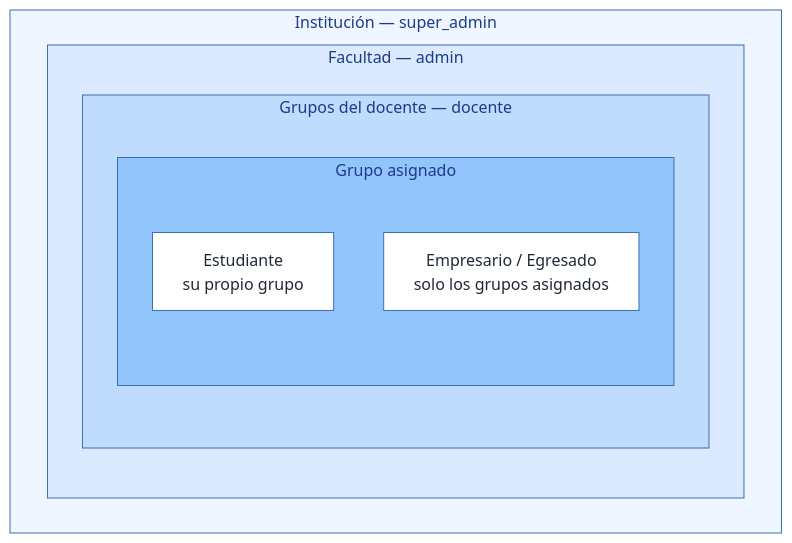
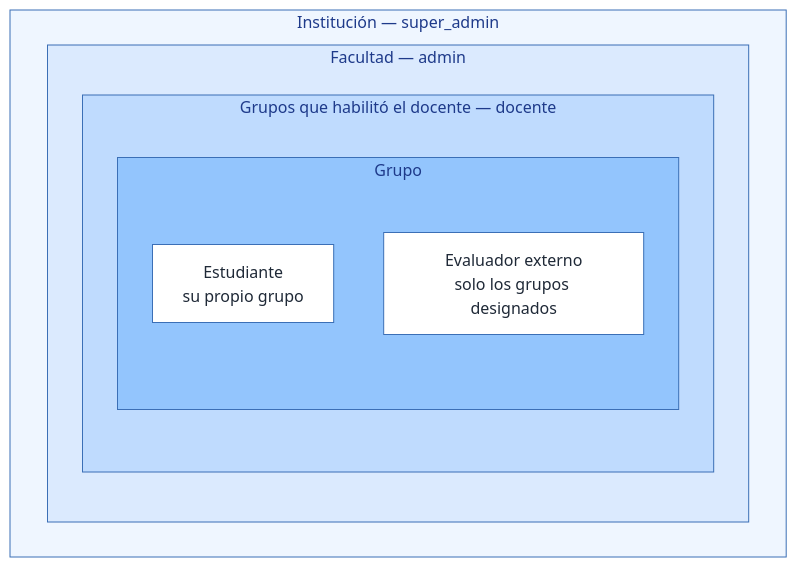
The sixth of 6 diagrams in docs/diagramas/diagrama_jerarquias.md (Oskarsito7/SIERAP), drawn with Mermaid before and after one commit. The commit also changed other lines of this file and 11 other files, not shown here.

````diff
--- a/docs/diagramas/diagrama_jerarquias.md
+++ b/docs/diagramas/diagrama_jerarquias.md
@@ -189,19 +189,19 @@
 ```mermaid
 flowchart TB
   subgraph I["Institución — super_admin"]
     subgraph F["Facultad — admin"]
-      subgraph D["Grupos del docente — docente"]
-        subgraph G["Grupo asignado"]
+      subgraph D["Grupos que habilitó el docente — docente"]
+        subgraph G["Grupo"]
           E1["Estudiante<br/>su propio grupo"]
-          E2["Empresario / Egresado<br/>solo los grupos asignados"]
+          E2["Evaluador externo<br/>solo los grupos designados"]
         end
       end
     end
   end
   style I fill:#EFF6FF,stroke:#3B6FB6,color:#1E3A8A
   style F fill:#DBEAFE,stroke:#3B6FB6,color:#1E3A8A
   style D fill:#BFDBFE,stroke:#3B6FB6,color:#1E3A8A
   style G fill:#93C5FD,stroke:#3B6FB6,color:#1E3A8A
   style E1 fill:#FFFFFF,stroke:#3B6FB6,color:#1F2937
   style E2 fill:#FFFFFF,stroke:#3B6FB6,color:#1F2937
 ```
````
